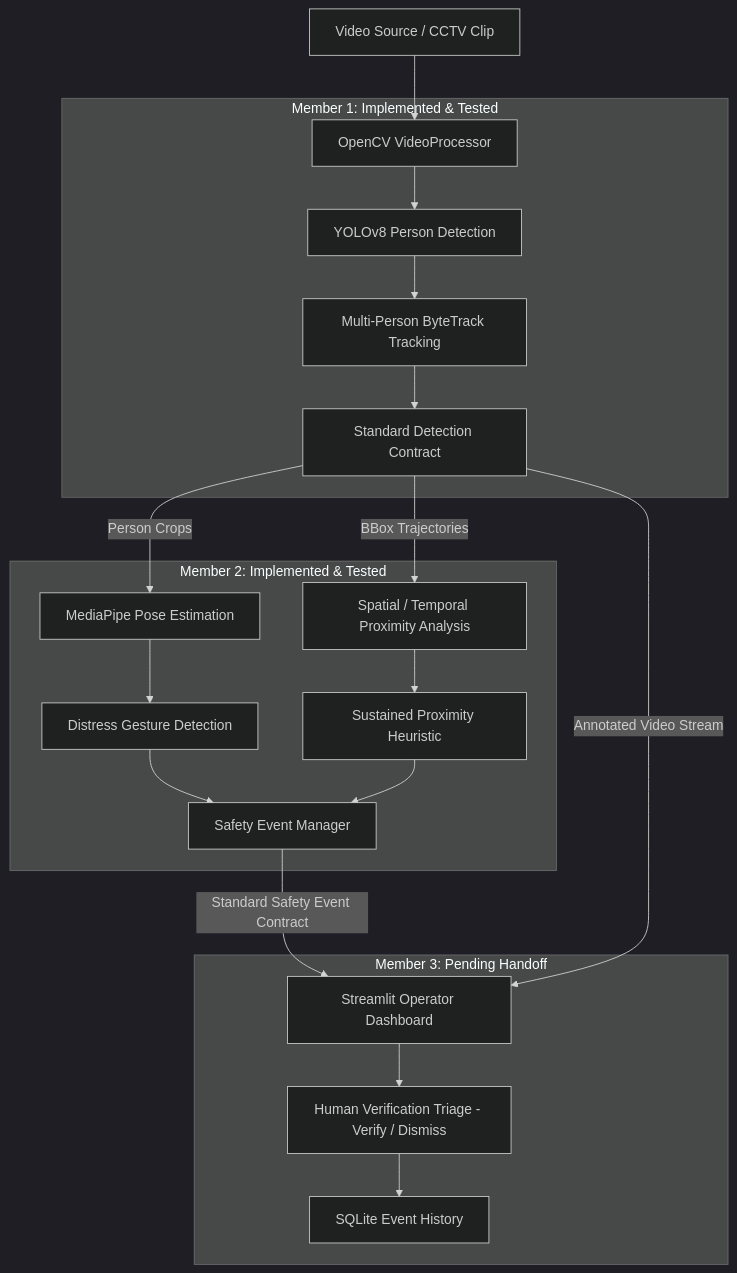
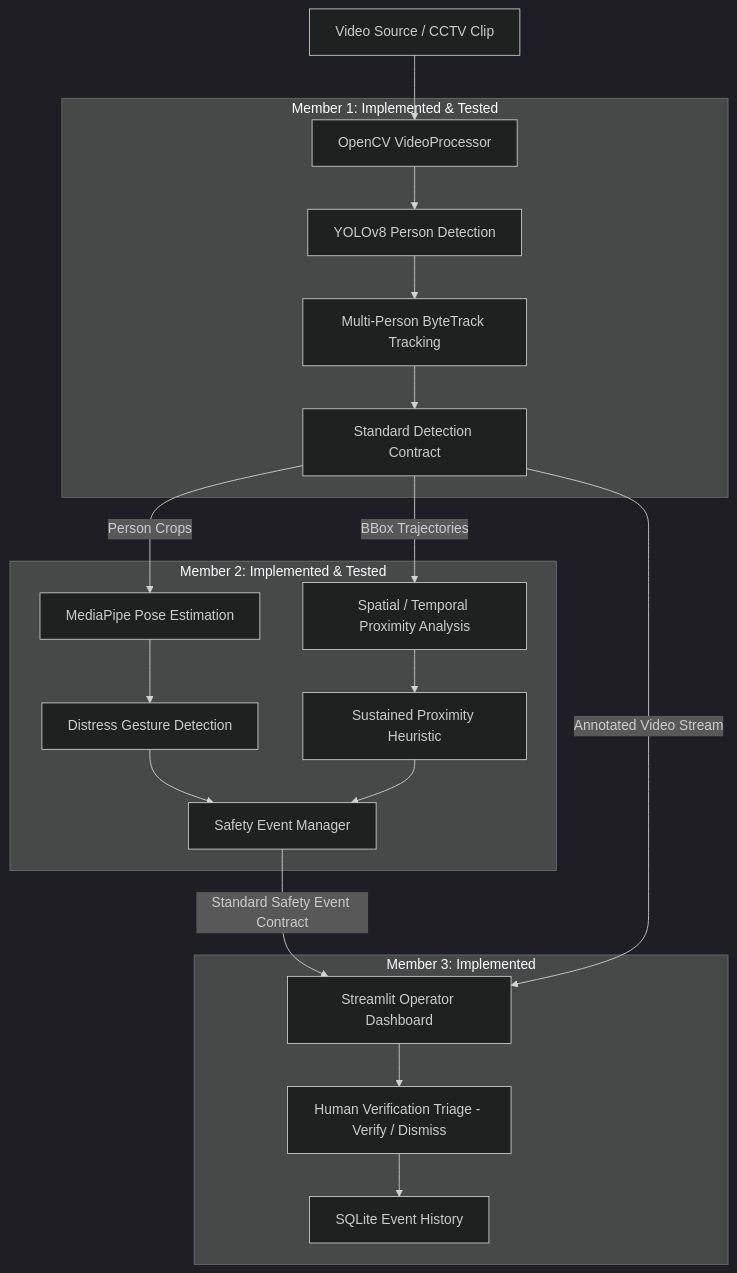
Before and after one commit to Kaashya/Women-Safetty-Project: the diagram in docs/architecture.md, drawn with Mermaid (dark theme). The commit also changed other lines of this file and 12 other files, not shown here.

````diff
--- a/docs/architecture.md
+++ b/docs/architecture.md
@@ -9,40 +9,40 @@
 ```mermaid
 flowchart TD
     A[Video Source / CCTV Clip] --> B[OpenCV VideoProcessor]
     B --> C[YOLOv8 Person Detection]
     C --> D[Multi-Person ByteTrack Tracking]
     D --> E[Standard Detection Contract]
 
     subgraph Member1 [Member 1: Implemented & Tested]
         B
         C
         D
         E
     end
 
     E -->|Person Crops| F[MediaPipe Pose Estimation]
     E -->|BBox Trajectories| G[Spatial / Temporal Proximity Analysis]
     F --> H[Distress Gesture Detection]
     G --> I[Sustained Proximity Heuristic]
     H --> J[Safety Event Manager]
     I --> J
 
     subgraph Member2 [Member 2: Implemented & Tested]
         F
         G
         H
         I
         J
     end
 
     J -->|Standard Safety Event Contract| K[Streamlit Operator Dashboard]
     E -->|Annotated Video Stream| K
     K --> L[Human Verification Triage - Verify / Dismiss]
     L --> M[SQLite Event History]
 
-    subgraph Member3 [Member 3: Pending Handoff]
+    subgraph Member3 [Member 3: Implemented]
         K
         L
         M
     end
 ```
````
